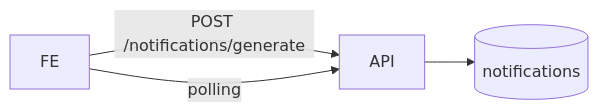
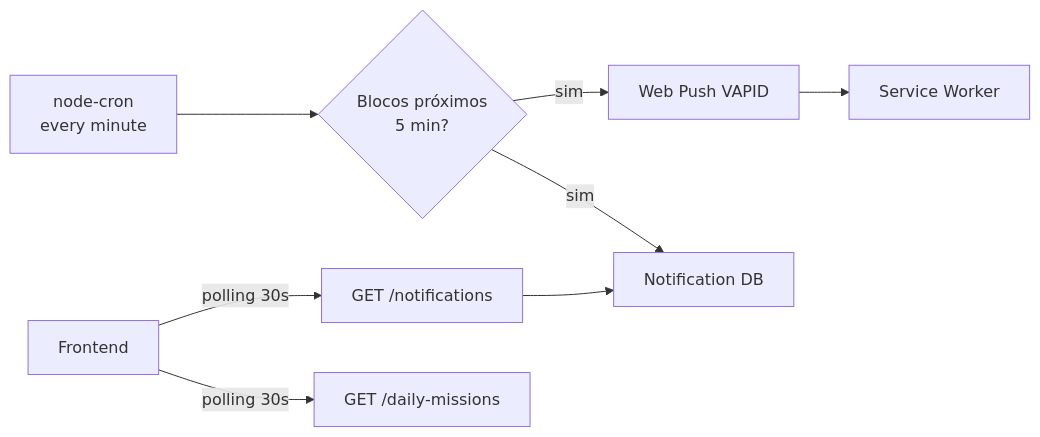
One commit to marcusvrom/healthapp changed the diagram in docs/architecture/async-flows.md. Above: the diagram before and after it, drawn with Mermaid. The commit also changed other lines of this file and 12 other files, not shown here.

````diff
--- a/docs/architecture/async-flows.md
+++ b/docs/architecture/async-flows.md
@@ -11,6 +13,12 @@
 ```mermaid
 flowchart LR
-FE -->|POST /notifications/generate| API
-API --> DB[(notifications)]
-FE -->|polling| API
+    Cron[node-cron<br/>every minute] --> Check{Blocos próximos<br/>5 min?}
+    Check -->|sim| Push[Web Push VAPID]
+    Check -->|sim| InApp[Notification DB]
+    Push --> Browser[Service Worker]
+
+    FE[Frontend] -->|polling 30s| API[GET /notifications]
+    API --> InApp
+
+    FE -->|polling 30s| Missions[GET /daily-missions]
 ```
````
